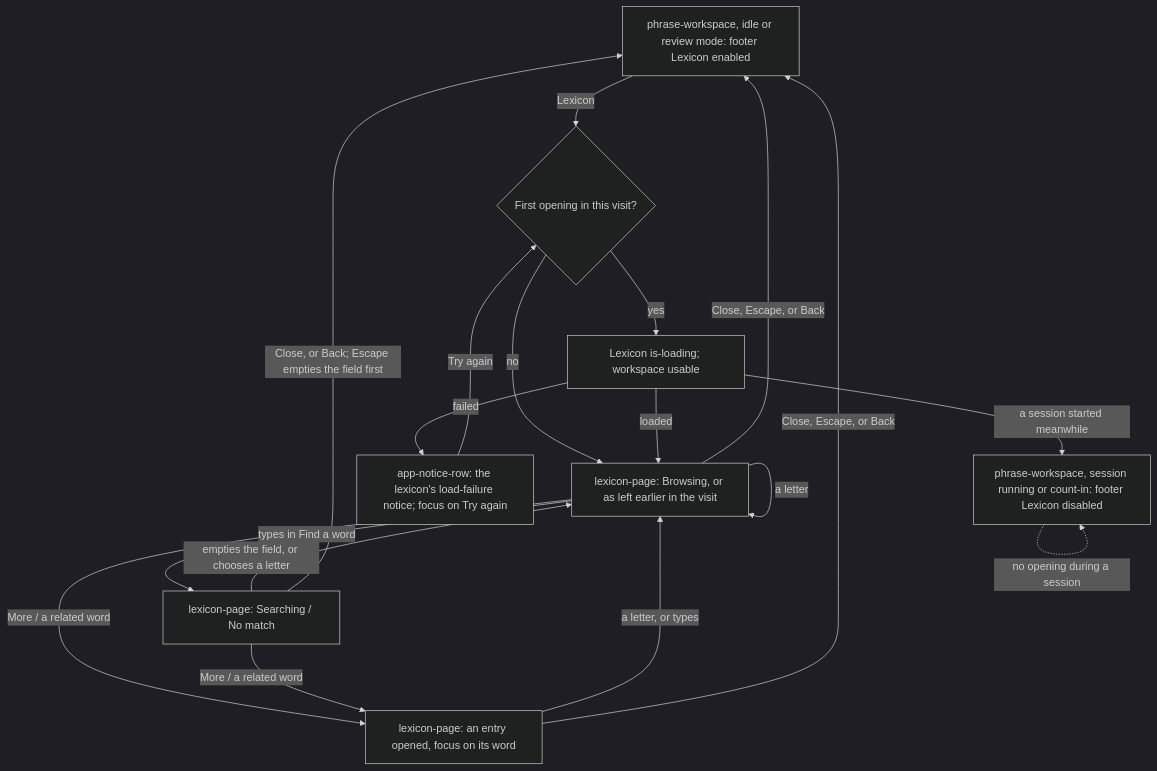
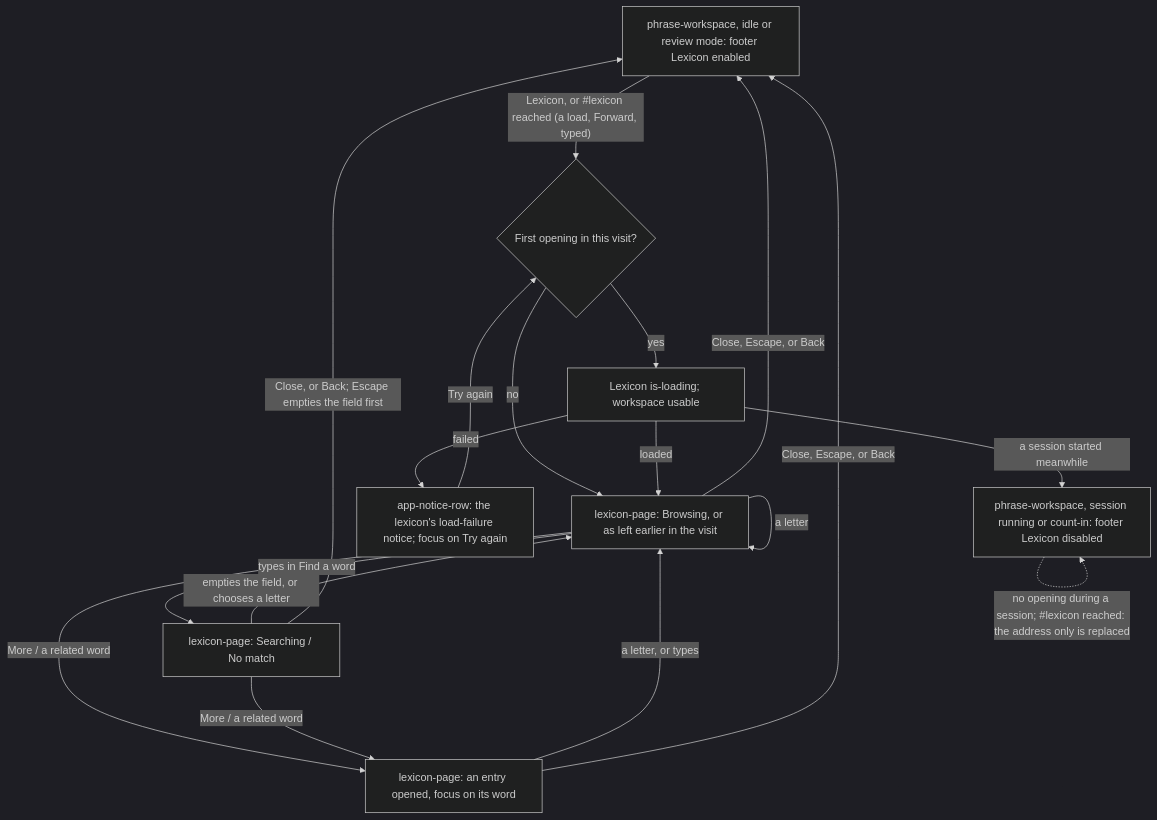
Before and after one commit to kluthen/infinite-flow: the diagram in ui_ux/flows/look-up-a-word/handoff.md, drawn with Mermaid (dark theme). The commit also changed other lines of this file and 6 other files, not shown here.

First line of the commit message:
Design T0: the lexicon page's classes in the token source, Part E's flow points (ux D492-D495)

````diff
--- a/ui_ux/flows/look-up-a-word/handoff.md
+++ b/ui_ux/flows/look-up-a-word/handoff.md
@@ -10,28 +10,28 @@
 ```mermaid
 flowchart TD
   W["phrase-workspace, idle or review mode: footer Lexicon enabled"]
   S["phrase-workspace, session running or count-in: footer Lexicon disabled"]
   L{"First opening in this visit?"}
   LD["Lexicon is-loading; workspace usable"]
   F["app-notice-row: the lexicon's load-failure notice; focus on Try again"]
   P["lexicon-page: Browsing, or as left earlier in the visit"]
   Q["lexicon-page: Searching / No match"]
   E["lexicon-page: an entry opened, focus on its word"]
-  W -->|"Lexicon"| L
+  W -->|"Lexicon, or #lexicon reached (a load, Forward, typed)"| L
   L -->|"yes"| LD
   L -->|"no"| P
   LD -->|"loaded"| P
   LD -->|"failed"| F
   LD -->|"a session started meanwhile"| S
   F -->|"Try again"| L
   P -->|"types in Find a word"| Q
   Q -->|"empties the field, or chooses a letter"| P
   P -->|"a letter"| P
   P -->|"More / a related word"| E
   Q -->|"More / a related word"| E
   E -->|"a letter, or types"| P
   P -->|"Close, Escape, or Back"| W
   Q -->|"Close, or Back; Escape empties the field first"| W
   E -->|"Close, Escape, or Back"| W
-  S -.->|"no opening during a session"| S
+  S -.->|"no opening during a session; #lexicon reached: the address only is replaced"| S
 ```
````
